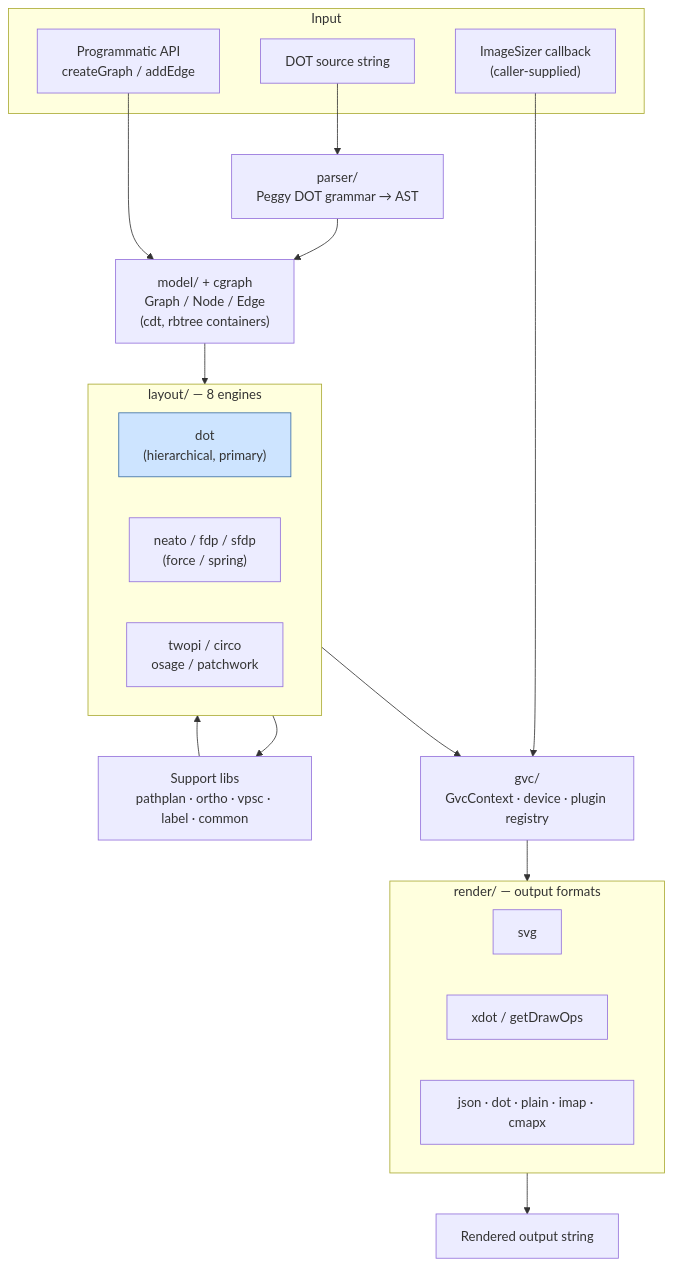
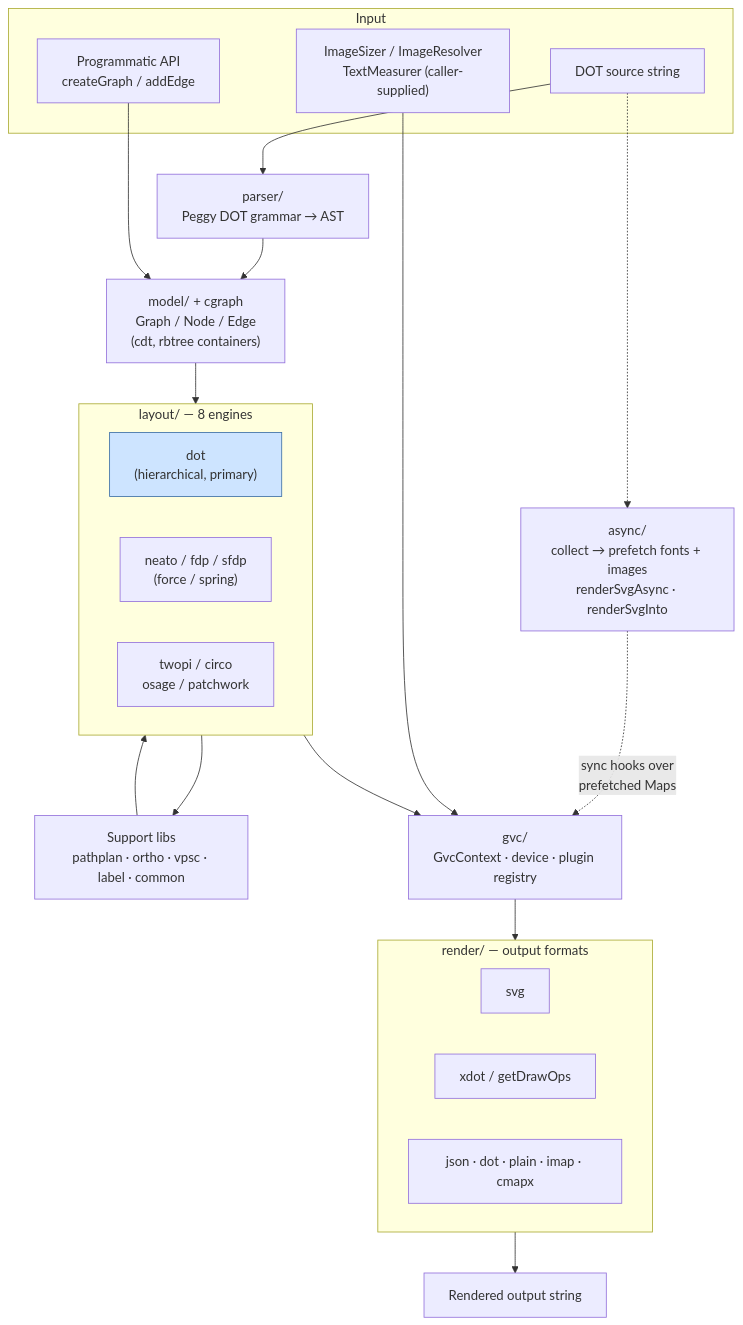
The second of 2 diagrams in docs/architecture/architecture.md (knowvah/dot-engine), drawn with Mermaid before and after one commit. The commit also changed other lines of this file and 7 other files, not shown here.

First line of the commit message:
docs(T3): refresh the architecture docs for 16.1 and the async api

````diff
--- a/docs/architecture/architecture.md
+++ b/docs/architecture/architecture.md
@@ -28,40 +31,44 @@
 ```mermaid
 graph TD
     subgraph Input
         DOT["DOT source string"]
         API["Programmatic API<br/>createGraph / addEdge"]
-        IMG["ImageSizer callback<br/>(caller-supplied)"]
+        IMG["ImageSizer / ImageResolver<br/>TextMeasurer (caller-supplied)"]
     end
+
+    ASYNC["async/<br/>collect → prefetch fonts + images<br/>renderSvgAsync · renderSvgInto"]
 
     PARSER["parser/<br/>Peggy DOT grammar → AST"]
     MODEL["model/ + cgraph<br/>Graph / Node / Edge<br/>(cdt, rbtree containers)"]
 
     subgraph Layout["layout/ — 8 engines"]
         DOTE["dot<br/>(hierarchical, primary)"]
         NEATO["neato / fdp / sfdp<br/>(force / spring)"]
         OTHER["twopi / circo<br/>osage / patchwork"]
     end
 
     SUPPORT["Support libs<br/>pathplan · ortho · vpsc · label · common"]
     GVCCTX["gvc/<br/>GvcContext · device · plugin registry"]
 
     subgraph Render["render/ — output formats"]
         SVG["svg"]
         XDOT["xdot / getDrawOps"]
         OTHERF["json · dot · plain · imap · cmapx"]
     end
 
     OUT["Rendered output string"]
 
     DOT --> PARSER --> MODEL
     API --> MODEL
+    DOT -.-> ASYNC
+    ASYNC -.->|"sync hooks over<br/>prefetched Maps"| GVCCTX
     MODEL --> Layout
     Layout --> SUPPORT
     SUPPORT --> Layout
     Layout --> GVCCTX
     IMG --> GVCCTX
     GVCCTX --> Render
     Render --> OUT
 
     style DOTE fill:#cde4ff,stroke:#3b6ea5
 ```
````
